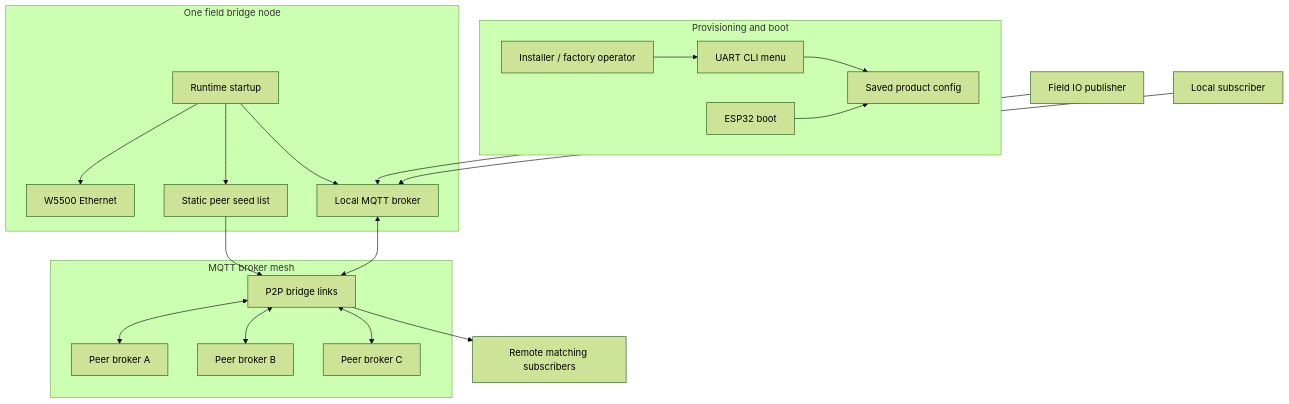
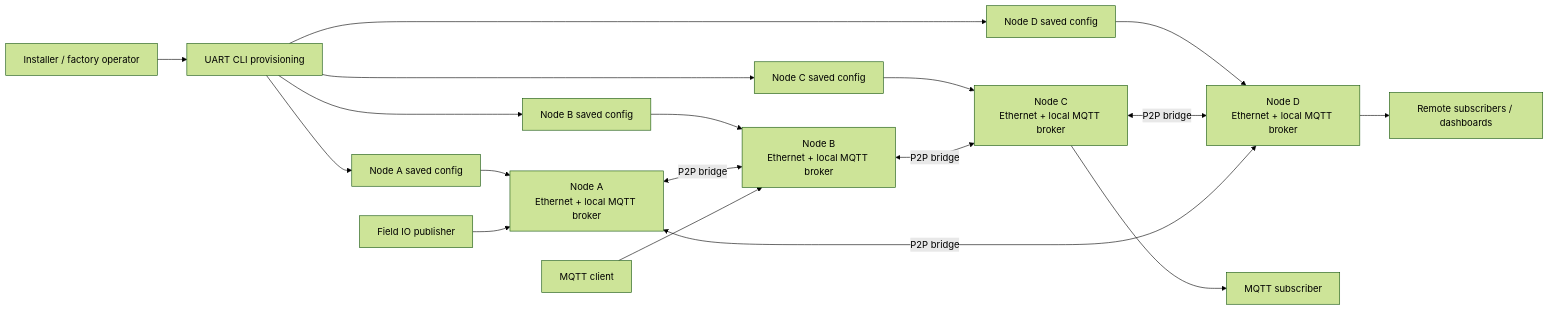
One commit to judadao/mqtt_field_bridge_app changed the first of 4 diagrams in README.md. Above: the diagram before and after it, drawn with Mermaid (forest theme).

Commit message:
docs: simplify README architecture flow

````diff
--- a/README.md
+++ b/README.md
@@ -175,38 +175,24 @@
 ```mermaid
-flowchart TD
-    subgraph Provisioning[Provisioning and boot]
-        Installer[Installer / factory operator]
-        CLI[UART CLI menu]
-        Config[Saved product config]
-        Boot[ESP32 boot]
-        Installer --> CLI
-        CLI --> Config
-        Boot --> Config
-    end
+flowchart LR
+    Operator[Installer / factory operator] --> UART[UART CLI provisioning]
 
-    subgraph Node[One field bridge node]
-        Runtime[Runtime startup]
-        Net[W5500 Ethernet]
-        Broker[Local MQTT broker]
-        PeerList[Static peer seed list]
-        Runtime --> Net
-        Runtime --> Broker
-        Runtime --> PeerList
-    end
+    UART --> ConfigA[Node A saved config]
+    UART --> ConfigB[Node B saved config]
+    UART --> ConfigC[Node C saved config]
+    UART --> ConfigD[Node D saved config]
 
-    subgraph Mesh[MQTT broker mesh]
-        P2P[P2P bridge links]
-        RemoteA[Peer broker A]
-        RemoteB[Peer broker B]
-        RemoteC[Peer broker C]
-        PeerList --> P2P
-        P2P <--> RemoteA
-        P2P <--> RemoteB
-        P2P <--> RemoteC
-    end
+    ConfigA --> A[Node A<br/>Ethernet + local MQTT broker]
+    ConfigB --> B[Node B<br/>Ethernet + local MQTT broker]
+    ConfigC --> C[Node C<br/>Ethernet + local MQTT broker]
+    ConfigD --> D[Node D<br/>Ethernet + local MQTT broker]
 
-    FieldIO[Field IO publisher] --> Broker
-    LocalSub[Local subscriber] --> Broker
-    Broker <--> P2P
-    P2P --> RemoteSub[Remote matching subscribers]
+    A <-->|P2P bridge| B
+    B <-->|P2P bridge| C
+    C <-->|P2P bridge| D
+    D <-->|P2P bridge| A
+
+    FieldIO[Field IO publisher] --> A
+    ClientB[MQTT client] --> B
+    C --> ClientC[MQTT subscriber]
+    D --> Remote[Remote subscribers / dashboards]
 ```
````
